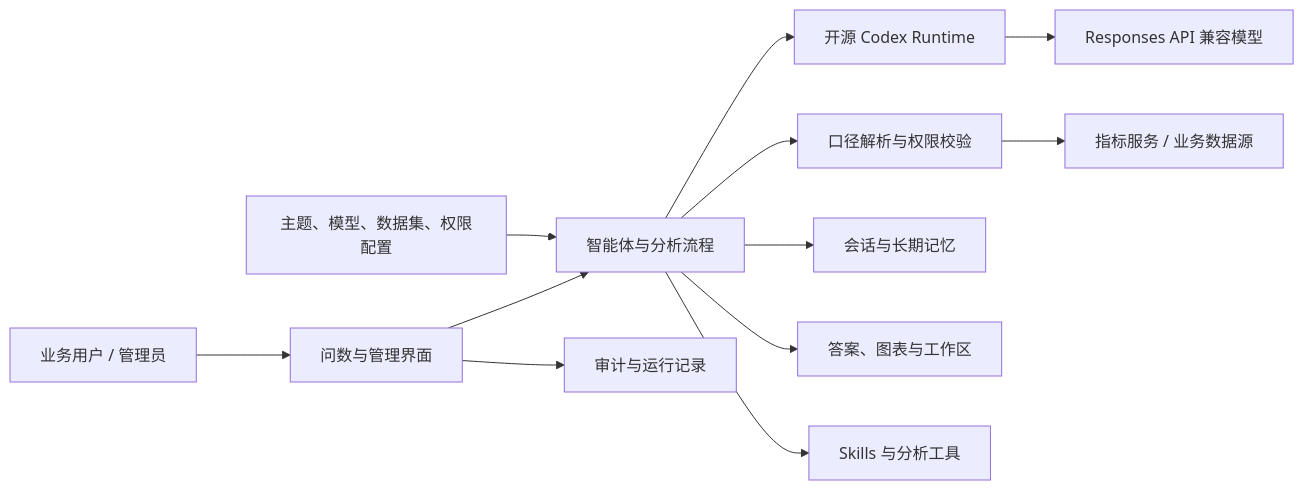
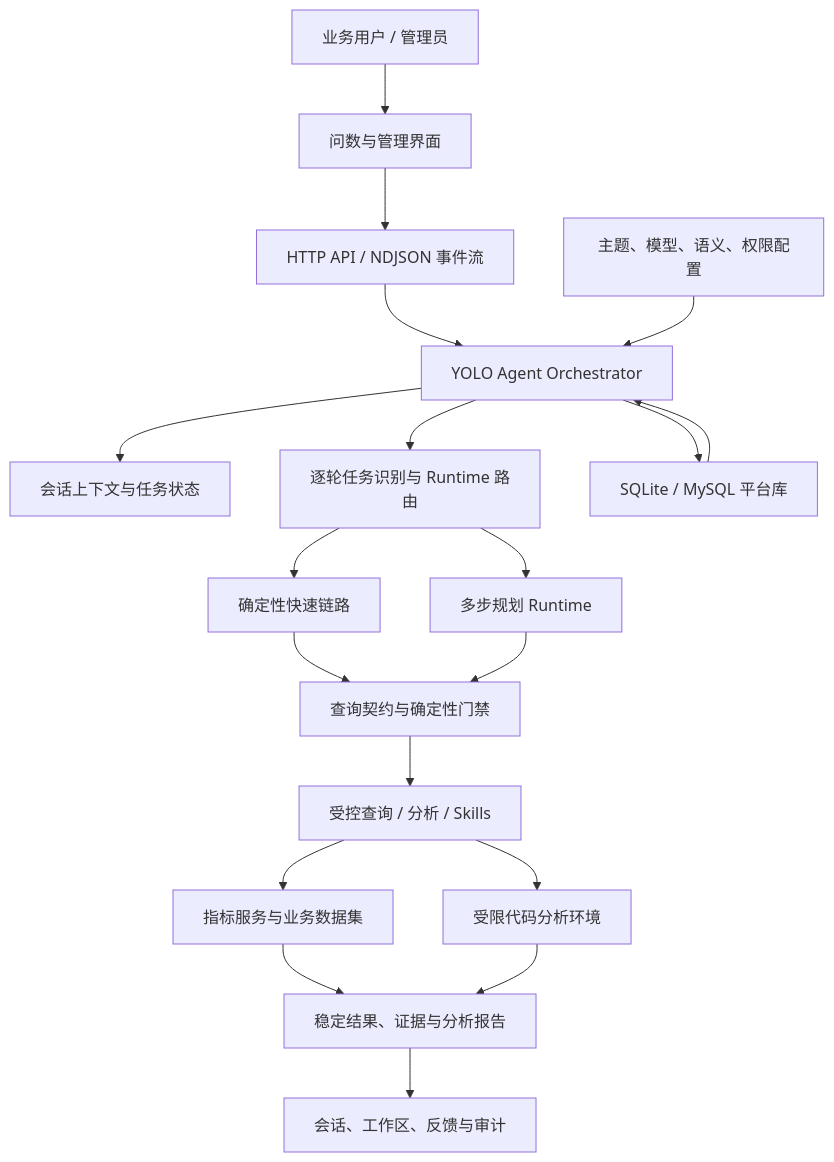
Before and after one commit to xiaour/yolo-data: the diagram in README.md, drawn with Mermaid. The commit also changed other lines of this file and 1 other file, not shown here.

Commit message:
runtime and workflow upgrade.

````diff
--- a/README.md
+++ b/README.md
@@ -78,14 +55,25 @@
 ```mermaid
-flowchart LR
+flowchart TB
   USER["业务用户 / 管理员"] --> UI["问数与管理界面"]
-  UI --> AGENT["智能体与分析流程"]
-  ADMIN["主题、模型、数据集、权限配置"] --> AGENT
-  AGENT --> CODEX["开源 Codex Runtime"]
-  CODEX --> LLM["Responses API 兼容模型"]
-  AGENT --> GATE["口径解析与权限校验"]
-  GATE --> DATA["指标服务 / 业务数据源"]
-  AGENT --> MEMORY["会话与长期记忆"]
-  AGENT --> OUTPUT["答案、图表与工作区"]
-  AGENT --> SKILL["Skills 与分析工具"]
-  UI --> OPS["审计与运行记录"]
+  UI --> API["HTTP API / NDJSON 事件流"]
+
+  API --> AGENT["YOLO Agent Orchestrator"]
+  AGENT --> CONTEXT["会话上下文与任务状态"]
+  AGENT --> ROUTER["逐轮任务识别与 Runtime 路由"]
+  ROUTER --> FAST["确定性快速链路"]
+  ROUTER --> PLAN["多步规划 Runtime"]
+
+  FAST --> CONTRACT["查询契约与确定性门禁"]
+  PLAN --> CONTRACT
+  CONTRACT --> TOOLS["受控查询 / 分析 / Skills"]
+  TOOLS --> DATA["指标服务与业务数据集"]
+  TOOLS --> SANDBOX["受限代码分析环境"]
+
+  DATA --> RESULT["稳定结果、证据与分析报告"]
+  SANDBOX --> RESULT
+  RESULT --> WORKSPACE["会话、工作区、反馈与审计"]
+
+  CONFIG["主题、模型、语义、权限配置"] --> AGENT
+  STORE["SQLite / MySQL 平台库"] --> AGENT
+  AGENT --> STORE
 ```
````
